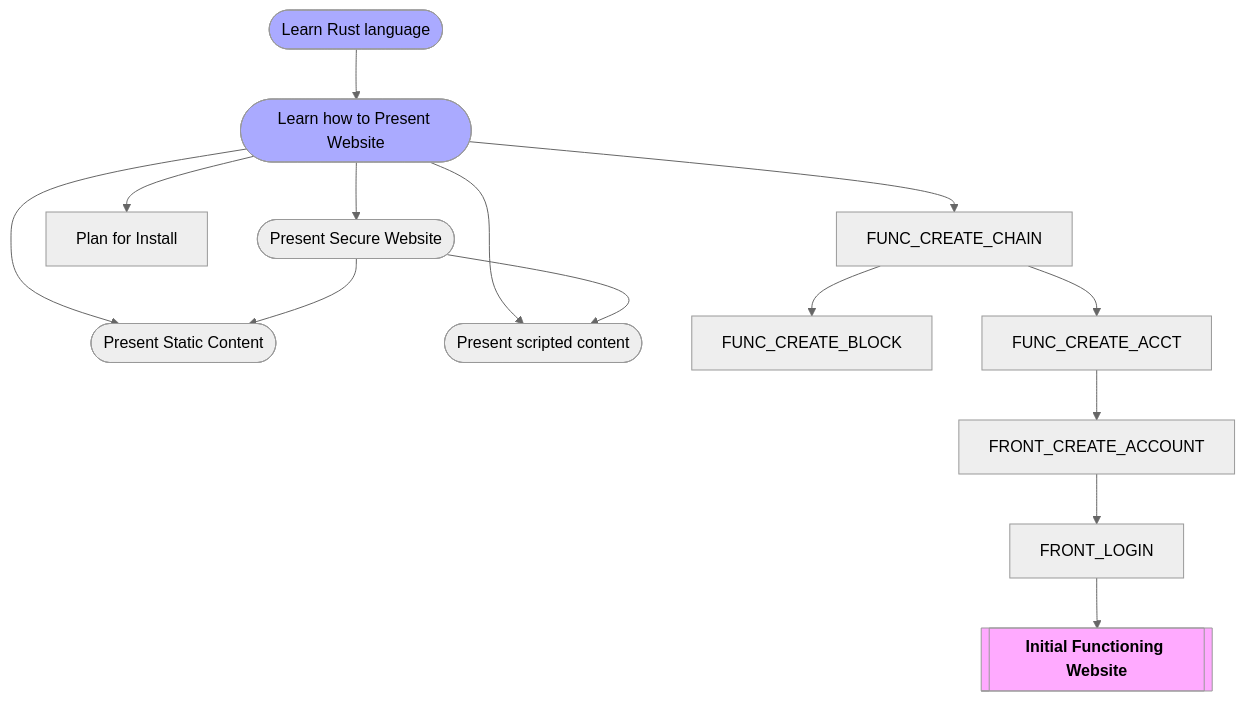
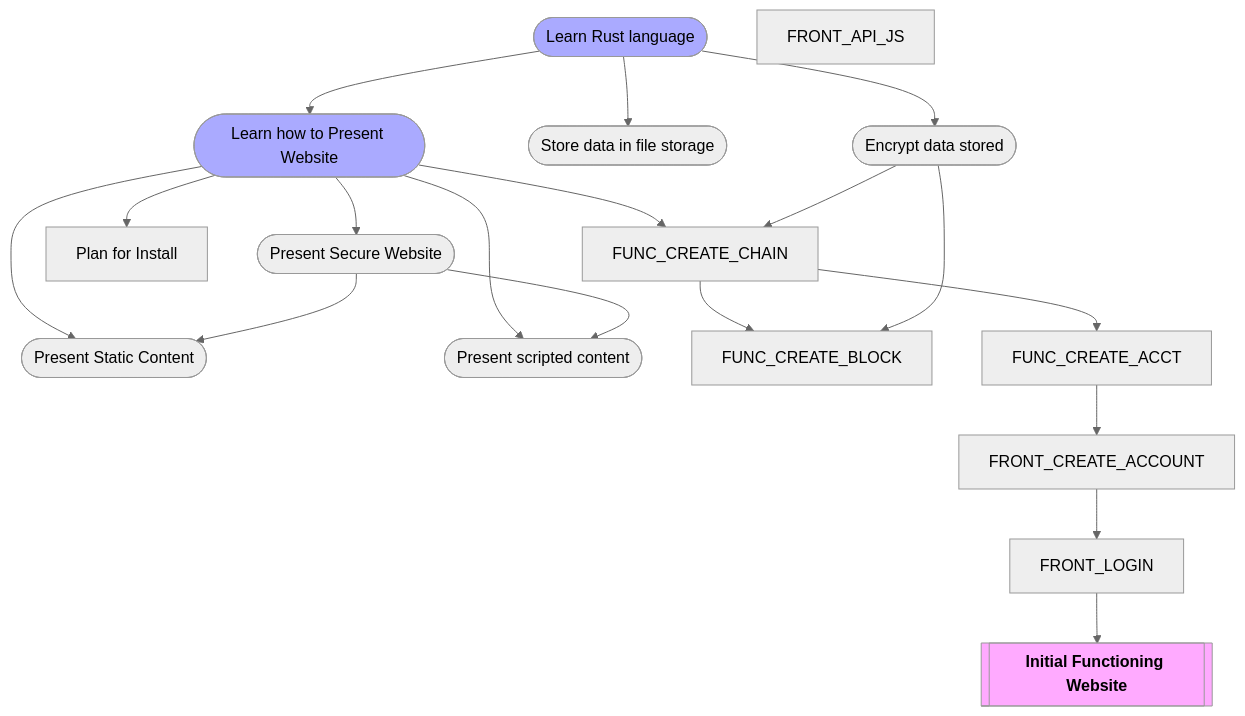
One commit to clintwebb/backend changed the first of 2 diagrams in ProjectPlan.md. Above: the diagram before and after it, drawn with Mermaid (neutral theme). The commit also changed 1 other file, not shown here.

Commit message:
Init plan

```diff
--- a/ProjectPlan.md
+++ b/ProjectPlan.md
@@ -29,22 +29,30 @@
     LEARN_RUST([Learn Rust language])
     
     %% After learning the general Rust language, need to learn how to use it to present a website
+    LEARN_RUST --> 
     LEARN_RUST_WEB([Learn how to Present Website])
-    LEARN_RUST --> LEARN_RUST_WEB
     
     %% When presenting a website, need to be able to secure it.  Would be good to be able to do that directly in our app, rather than relying on a proxy in-front
     LEARN_RUST_WEB_CERTS([Present Secure Website])
     LEARN_RUST_WEB --> LEARN_RUST_WEB_CERTS
     
-    %% Want to be able to present static content.   Originally from direct file content (often deployed).  Eventually would want to also be able to present static content from a Block.
+    %% Want to be able to present static content.   Originally from direct file content (often deployed).  
+    %% Eventually would want to also be able to present static content from a Block.
     LEARN_RUST_WEB_STATIC([Present Static Content])
-    LEARN_RUST_WEB --> LEARN_RUST_WEB_STATIC
+    LEARN_RUST_WEB       --> LEARN_RUST_WEB_STATIC
     LEARN_RUST_WEB_CERTS --> LEARN_RUST_WEB_STATIC 
     
     %% There may be cases where we want to run something dynamically on the endpoint.
     LEARN_RUST_WEB_DYNAMIC([Present scripted content])
-    LEARN_RUST_WEB --> LEARN_RUST_WEB_DYNAMIC
+    LEARN_RUST_WEB       --> LEARN_RUST_WEB_DYNAMIC
     LEARN_RUST_WEB_CERTS --> LEARN_RUST_WEB_DYNAMIC
+
+    LEARN_RUST --> 
+    LEARN_RUST_FILE_STORAGE([Store data in file storage])
+    
+    LEARN_RUST --> 
+    LEARN_RUST_ENCRYPTION([Encrypt data stored])
+    
     
     %% When people are using the backend, need to plan how we are expecting it to be first setup.
     PLAN_BACKEND_INSTALL[Plan for Install]
@@ -53,20 +61,27 @@
 
     %% The backend will be able to gather information for the front-end, but wont actually know the content of it.   Each chain can have read-only access potentially, but a seperate key will be needed to modify (add to) the chain.
     FUNC_CREATE_CHAIN
-    LEARN_RUST_WEB --> FUNC_CREATE_CHAIN
+    LEARN_RUST_WEB        --> FUNC_CREATE_CHAIN
+    LEARN_RUST_ENCRYPTION --> FUNC_CREATE_CHAIN
 
     FUNC_CREATE_BLOCK
     FUNC_CREATE_CHAIN --> FUNC_CREATE_BLOCK
+    LEARN_RUST_ENCRYPTION --> FUNC_CREATE_BLOCK
 
     %% When a user is creating an account for the service, need to then setup some chains and blocks.
     FUNC_CREATE_ACCT
     FUNC_CREATE_CHAIN --> FUNC_CREATE_ACCT
 
+    %% 
+    FRONT_API_JS
+    
     FRONT_CREATE_ACCOUNT
     FUNC_CREATE_ACCT --> FRONT_CREATE_ACCOUNT
 
     FRONT_LOGIN  --> TARGET
     FRONT_CREATE_ACCOUNT --> FRONT_LOGIN
+    
+
 
     TARGET[["`**Initial Functioning Website**`"]]
     style TARGET fill:#faf
```
